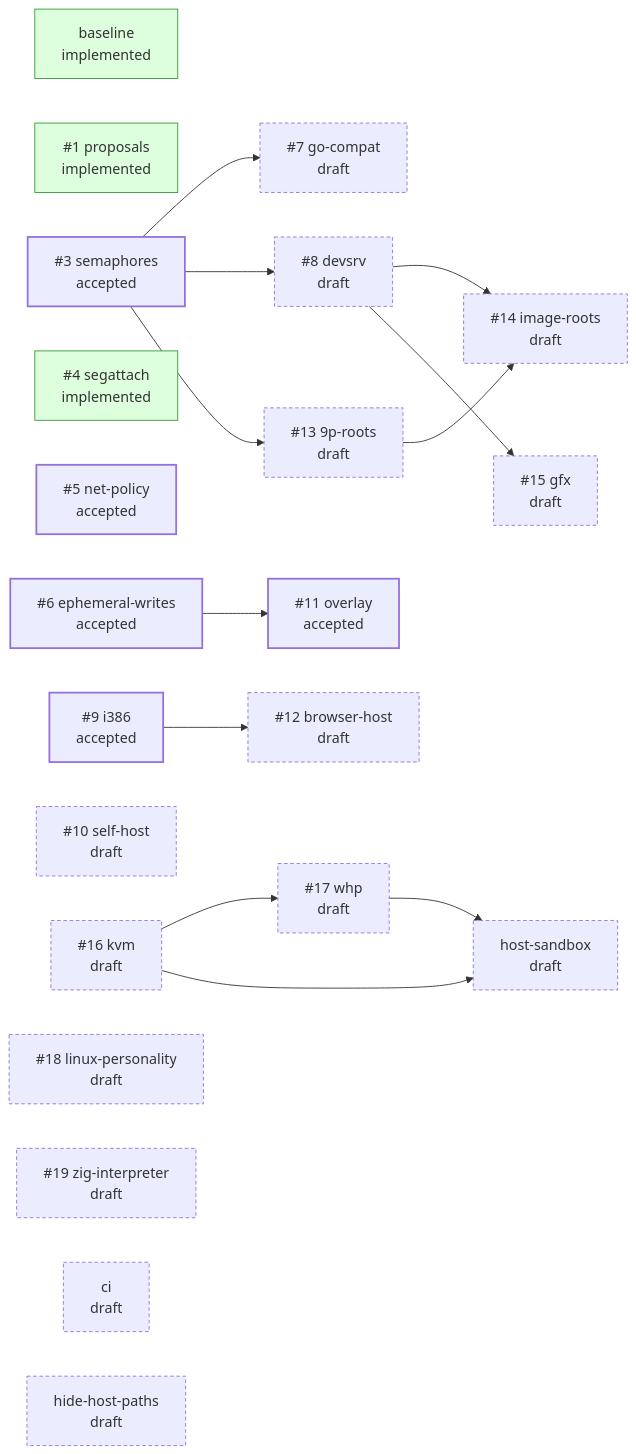
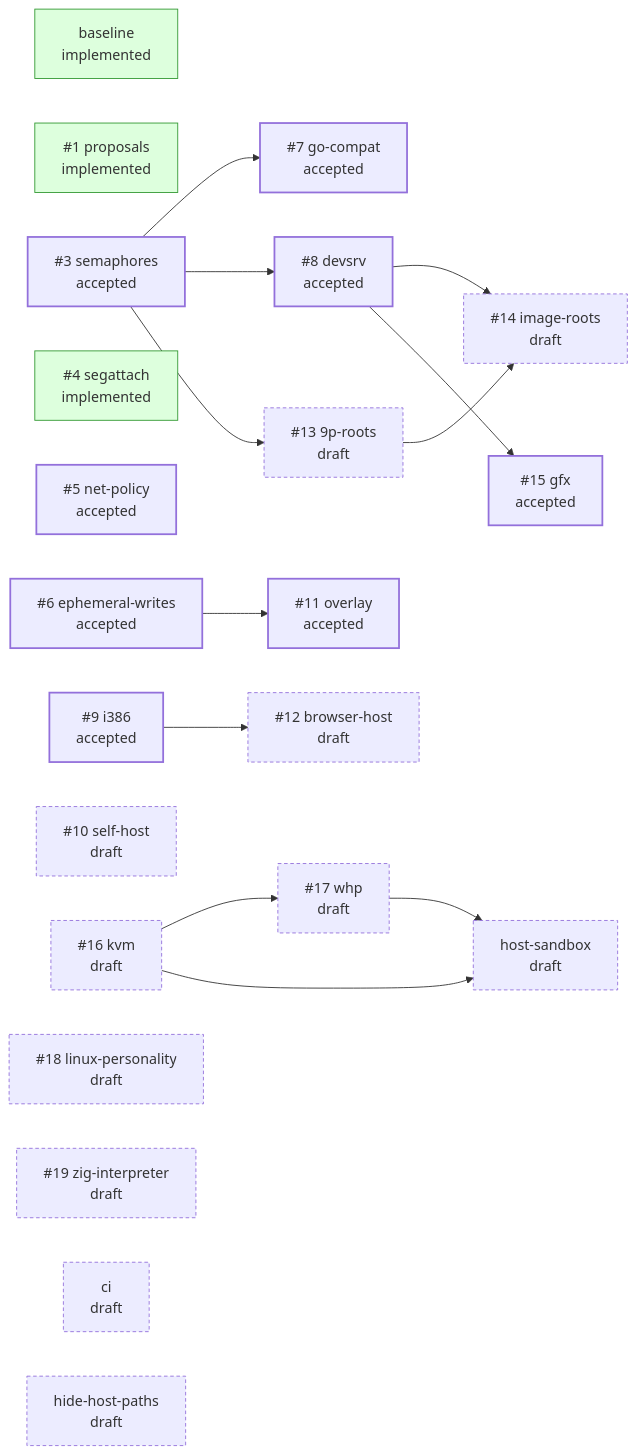
One commit to jpf/hyper9 changed the diagram in README.md. Above: the diagram before and after it, drawn with Mermaid. The commit also changed other lines of this file and 1 other file, not shown here.

Commit message:
accepted: gfx
Settle the gfx proposal's open issues, then accept and sign it.

- Define drawterm's `geometry` global in src/kern/gfx.c alongside
  `scalef`. gui-x11 references it and cpu.c, which defines it, isn't
  built, so the X11 backend wouldn't link without it.
- Correct the screen-scale text: only gui-cocoa reads `scalef`, and its
  default 0 means Retina backing pixels. Add --gfx-scale=N (drawterm's
  -x), defaulting to 1 (points) so the window matches other Mac apps.
- Add --gfx=noclip: /dev/snarf becomes an in-process buffer that never
  reaches the host clipboard. Machine.Options.gfx becomes ?Gfx, a struct
  with `clipboard` and `scale` fields, and there's a new [gfx] case for
  noclip.
- Resolve the remaining open issues in the body: Linux releases stay
  static-only for now, and Wayland and a window console mode would each
  be a later proposal. Note that kbdq is non-blocking, and that Cocoa
  builds run on a Mac. Hand the Seatbelt lookups to host-sandbox.
- Regenerate the README proposal table, which also catches up the
  go-compat and devsrv accepts.

````diff
--- a/README.md
+++ b/README.md
@@ -39,40 +39,40 @@
 ```mermaid
 flowchart LR
   classDef draft stroke-dasharray: 4 3
   classDef accepted stroke-width: 2px
   classDef implemented fill:#dfd,stroke:#393
   classDef closed fill:#eee,stroke:#999,color:#777
   p_baseline["baseline<br/>implemented"]:::implemented
   p_proposals["#35;1 proposals<br/>implemented"]:::implemented
   p_semaphores["#35;3 semaphores<br/>accepted"]:::accepted
   p_segattach["#35;4 segattach<br/>implemented"]:::implemented
   p_net_policy["#35;5 net-policy<br/>accepted"]:::accepted
   p_ephemeral_writes["#35;6 ephemeral-writes<br/>accepted"]:::accepted
-  p_go_compat["#35;7 go-compat<br/>draft"]:::draft
-  p_devsrv["#35;8 devsrv<br/>draft"]:::draft
+  p_go_compat["#35;7 go-compat<br/>accepted"]:::accepted
+  p_devsrv["#35;8 devsrv<br/>accepted"]:::accepted
   p_i386["#35;9 i386<br/>accepted"]:::accepted
   p_self_host["#35;10 self-host<br/>draft"]:::draft
   p_overlay["#35;11 overlay<br/>accepted"]:::accepted
   p_browser_host["#35;12 browser-host<br/>draft"]:::draft
   p_9p_roots["#35;13 9p-roots<br/>draft"]:::draft
   p_image_roots["#35;14 image-roots<br/>draft"]:::draft
-  p_gfx["#35;15 gfx<br/>draft"]:::draft
+  p_gfx["#35;15 gfx<br/>accepted"]:::accepted
   p_kvm["#35;16 kvm<br/>draft"]:::draft
   p_whp["#35;17 whp<br/>draft"]:::draft
   p_linux_personality["#35;18 linux-personality<br/>draft"]:::draft
   p_zig_interpreter["#35;19 zig-interpreter<br/>draft"]:::draft
   p_ci["ci<br/>draft"]:::draft
   p_hide_host_paths["hide-host-paths<br/>draft"]:::draft
   p_host_sandbox["host-sandbox<br/>draft"]:::draft
   p_semaphores --> p_go_compat
   p_semaphores --> p_devsrv
   p_ephemeral_writes --> p_overlay
   p_i386 --> p_browser_host
   p_semaphores --> p_9p_roots
   p_devsrv --> p_image_roots
   p_9p_roots --> p_image_roots
   p_devsrv --> p_gfx
   p_kvm --> p_whp
   p_kvm --> p_host_sandbox
   p_whp --> p_host_sandbox
 ```
````
